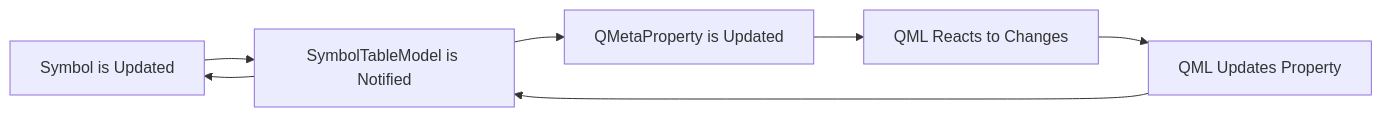
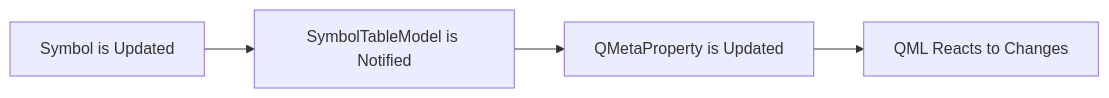
One commit to Furkanzmc/qtws-2025-great-migration changed the second of 4 diagrams in slides.md. Above: the diagram before and after it, drawn with Mermaid. The commit also changed other lines of this file and 2 other files, not shown here.

````diff
--- a/slides.md
+++ b/slides.md
@@ -519,10 +791,6 @@
 ```mermaid
 graph LR;
     A[Symbol is Updated] --> B[SymbolTableModel is Notified];
     B --> C;
     C[QMetaProperty is Updated] --> D[QML Reacts to Changes];
-    D --> E;
-    E[QML Updates Property] --> B;
-    B --> A;
-
 ```
````
